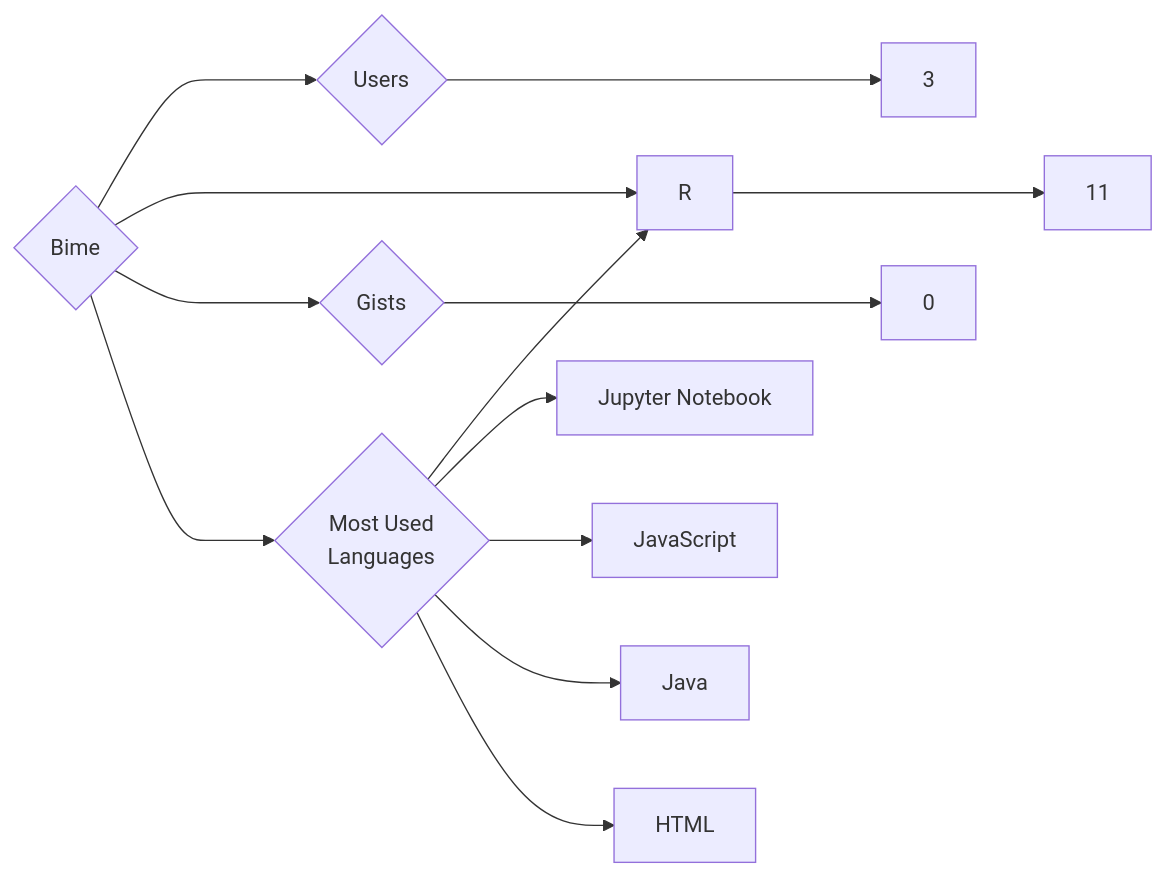
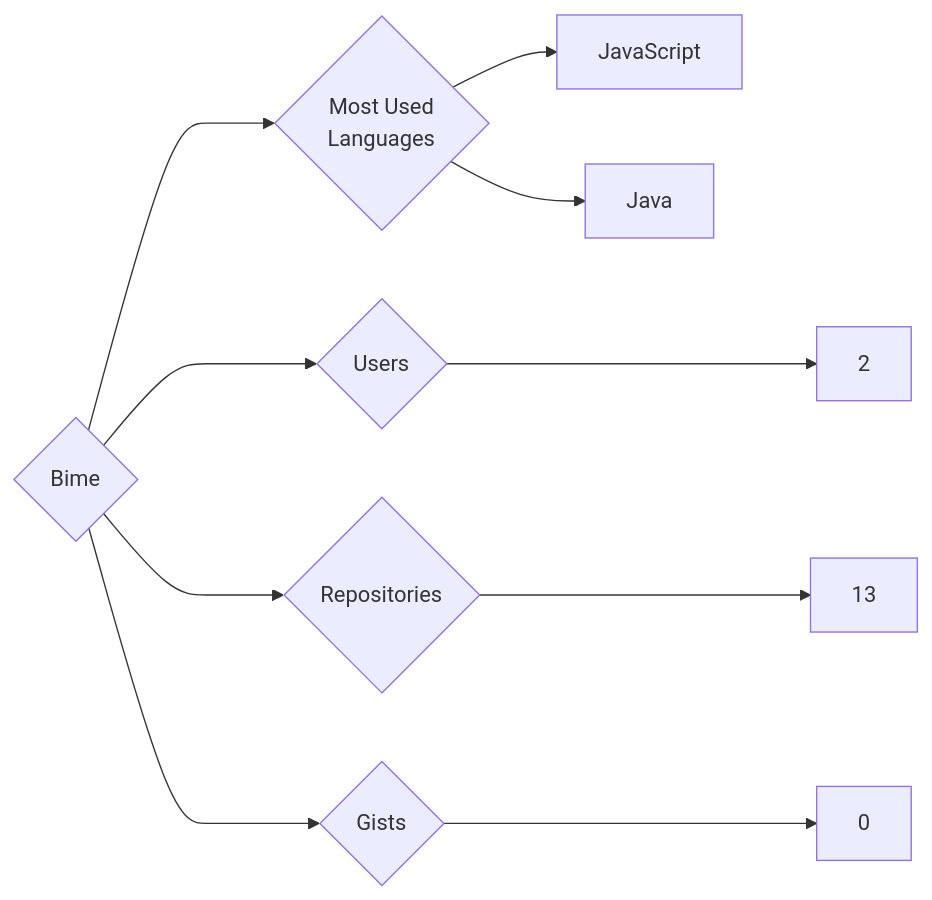
One commit to trickest/insiders changed the diagram in targets/Bime/README.md. Above: the diagram before and after it, drawn with Mermaid. The commit also changed 629 other files, not shown here.

````diff
--- a/targets/Bime/README.md
+++ b/targets/Bime/README.md
@@ -3,13 +3,10 @@
 ```mermaid
 graph LR
 COMPANY_NAME{Bime}
-COMPANY_NAME ---> U{Users} ---> UN[3]
-COMPANY_NAME ---> R{Repositories} ---> RN[11]
+COMPANY_NAME ---> U{Users} ---> UN[2]
+COMPANY_NAME ---> R{Repositories} ---> RN[13]
 COMPANY_NAME ---> G{Gists} ---> GN[0]
 COMPANY_NAME ---> ML{Most Used<br>Languages}
-ML --> R[R]
-ML --> Jupyter_Notebook[Jupyter Notebook]
 ML --> JavaScript[JavaScript]
 ML --> Java[Java]
-ML --> HTML[HTML]
 ```
````
